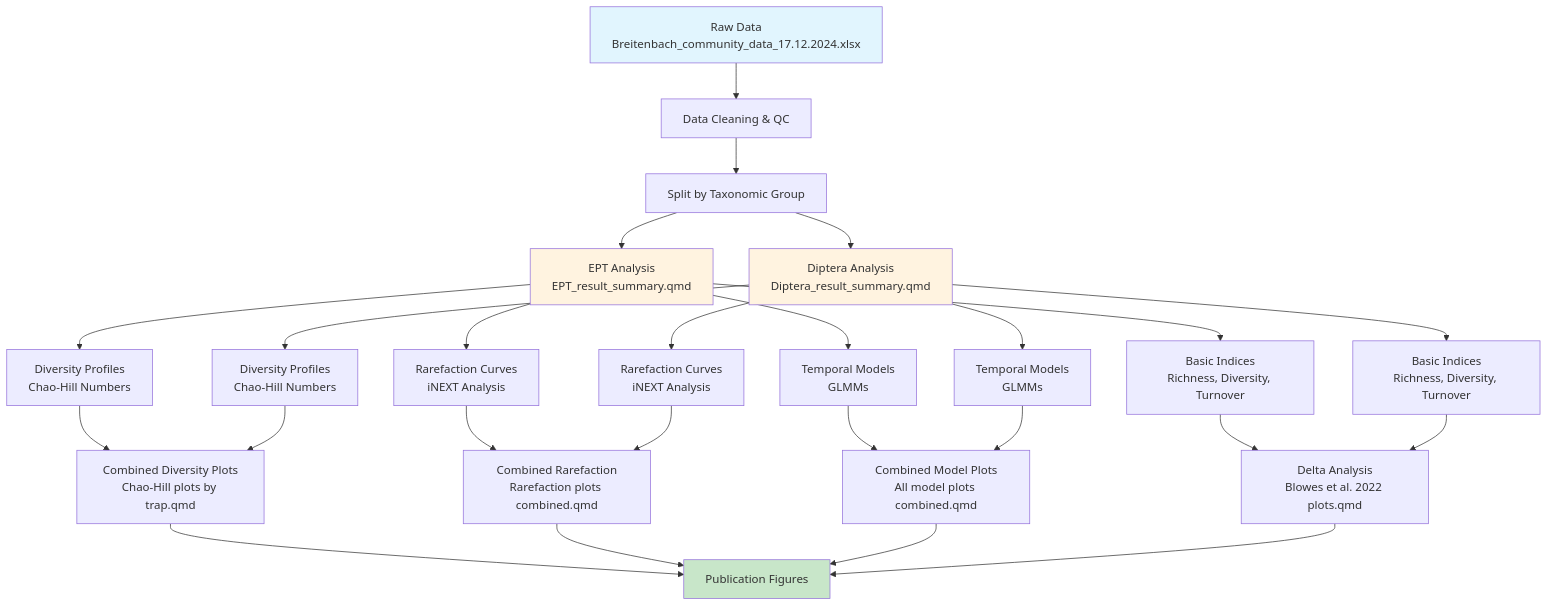
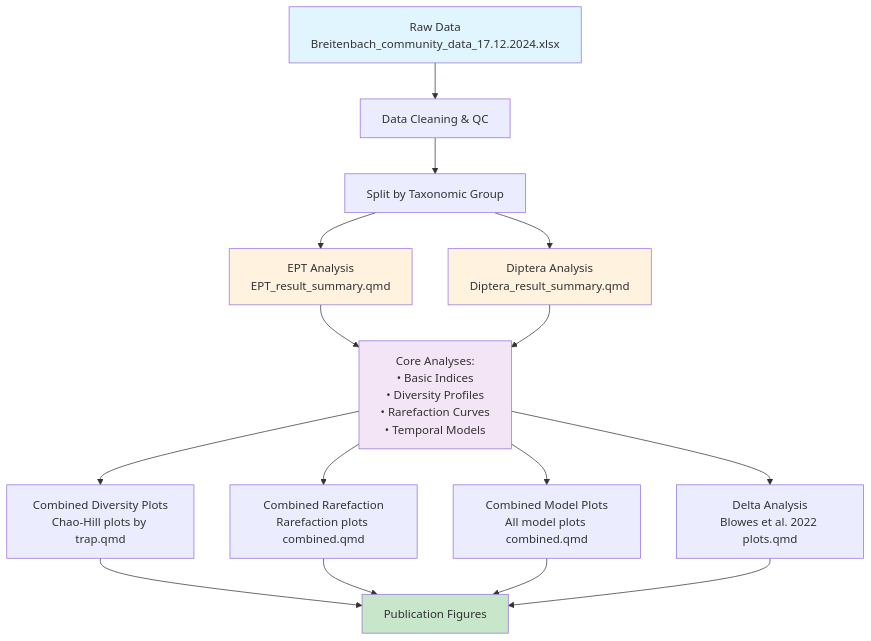
One commit to HeeeyNathan/Breitenbach_2.0 changed the diagram in README.md. Above: the diagram before and after it, drawn with Mermaid. The commit also changed other lines of this file, not shown here.

````diff
--- a/README.md
+++ b/README.md
@@ -341,39 +341,26 @@
 ```mermaid
 graph TD
     A[Raw Data<br/>Breitenbach_community_data_17.12.2024.xlsx] --> B[Data Cleaning & QC]
     B --> C[Split by Taxonomic Group]
     C --> D[EPT Analysis<br/>EPT_result_summary.qmd]
     C --> E[Diptera Analysis<br/>Diptera_result_summary.qmd]
-
-    D --> F[Basic Indices<br/>Richness, Diversity, Turnover]
-    D --> G[Diversity Profiles<br/>Chao-Hill Numbers]
-    D --> H[Rarefaction Curves<br/>iNEXT Analysis]
-    D --> I[Temporal Models<br/>GLMMs]
-
-    E --> J[Basic Indices<br/>Richness, Diversity, Turnover]
-    E --> K[Diversity Profiles<br/>Chao-Hill Numbers]
-    E --> L[Rarefaction Curves<br/>iNEXT Analysis]
-    E --> M[Temporal Models<br/>GLMMs]
-
-    G --> N[Combined Diversity Plots<br/>Chao-Hill plots by trap.qmd]
-    K --> N
-
-    H --> O[Combined Rarefaction<br/>Rarefaction plots combined.qmd]
-    L --> O
-
-    I --> P[Combined Model Plots<br/>All model plots combined.qmd]
-    M --> P
-
-    F --> Q[Delta Analysis<br/>Blowes et al. 2022 plots.qmd]
-    J --> Q
-
-    N --> R[Publication Figures]
-    O --> R
-    P --> R
-    Q --> R
-
+    
+    D --> F[Core Analyses:<br/>• Basic Indices<br/>• Diversity Profiles<br/>• Rarefaction Curves<br/>• Temporal Models]
+    E --> F
+    
+    F --> G[Combined Diversity Plots<br/>Chao-Hill plots by trap.qmd]
+    F --> H[Combined Rarefaction<br/>Rarefaction plots combined.qmd]
+    F --> I[Combined Model Plots<br/>All model plots combined.qmd]
+    F --> J[Delta Analysis<br/>Blowes et al. 2022 plots.qmd]
+    
+    G --> K[Publication Figures]
+    H --> K
+    I --> K
+    J --> K
+    
     style A fill:#e1f5fe
-    style R fill:#c8e6c9
+    style K fill:#c8e6c9
     style D fill:#fff3e0
     style E fill:#fff3e0
+    style F fill:#f3e5f5
 ```
````
